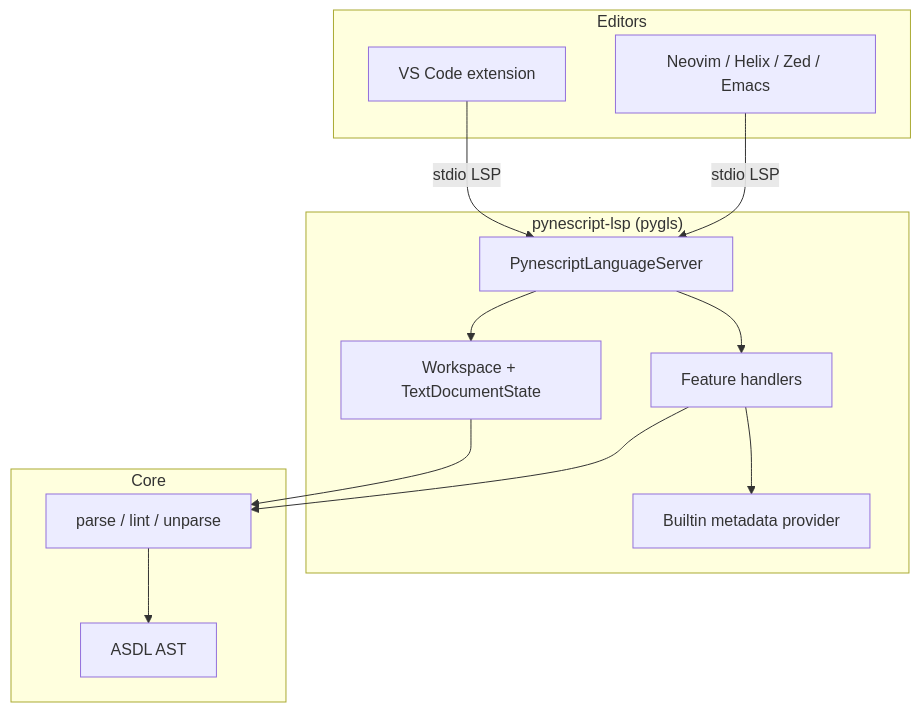
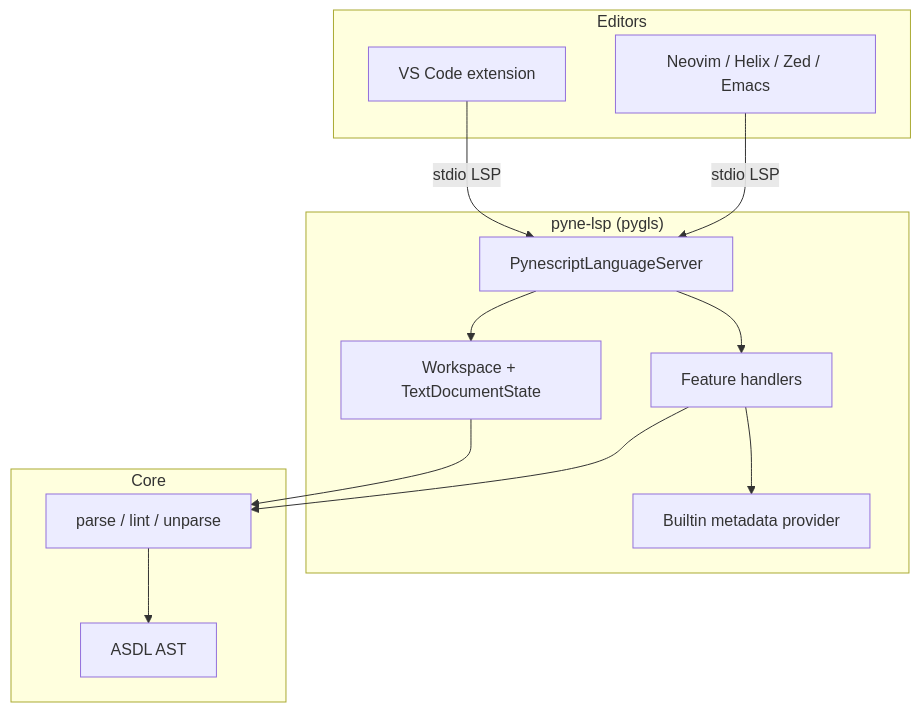
The diagram in docs/pyne/lsp/index.mdx (hoox-sh/pyne), drawn with Mermaid before and after one commit. The commit also changed other lines of this file and 26 other files, not shown here.

First line of the commit message:
feat(cli): prefer pyne / pyne-lsp console names with aliases

````diff
--- a/docs/pyne/lsp/index.mdx
+++ b/docs/pyne/lsp/index.mdx
@@ -43,25 +43,25 @@
 ```mermaid
 flowchart TB
   subgraph Editors
     VS[VS Code extension]
     NV[Neovim / Helix / Zed / Emacs]
   end
-  subgraph LSP["pynescript-lsp (pygls)"]
+  subgraph LSP["pyne-lsp (pygls)"]
     S[PynescriptLanguageServer]
     W[Workspace + TextDocumentState]
     F[Feature handlers]
     M[Builtin metadata provider]
   end
   subgraph Core
     P[parse / lint / unparse]
     A[ASDL AST]
   end
   VS -->|stdio LSP| S
   NV -->|stdio LSP| S
   S --> W
   S --> F
   F --> M
   W --> P
   F --> P
   P --> A
 ```
````
